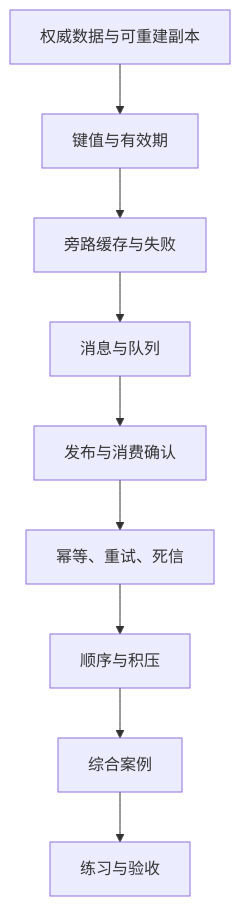
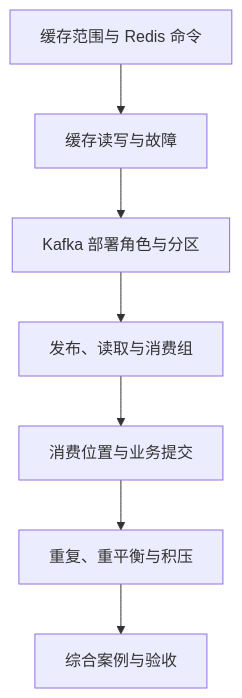
The diagram in docs/08-缓存与消息队列/README/index.md (Mr-giraff/backend-roadmap), drawn with Mermaid before and after one commit. The commit also changed other lines of this file and 46 other files, not shown here.

````diff
--- a/docs/08-缓存与消息队列/README/index.md
+++ b/docs/08-缓存与消息队列/README/index.md
@@ -23,11 +23,9 @@
 ```mermaid
 flowchart TD
-    A["权威数据与可重建副本"] --> B["键值与有效期"]
-    B --> C["旁路缓存与失败"]
-    C --> D["消息与队列"]
-    D --> E["发布与消费确认"]
-    E --> F["幂等、重试、死信"]
-    F --> G["顺序与积压"]
-    G --> H["综合案例"]
-    H --> I["练习与验收"]
+    A["缓存范围与 Redis 命令"] --> B["缓存读写与故障"]
+    B --> C["Kafka 部署角色与分区"]
+    C --> D["发布、读取与消费组"]
+    D --> E["消费位置与业务提交"]
+    E --> F["重复、重平衡与积压"]
+    F --> G["综合案例与验收"]
 ```
````
